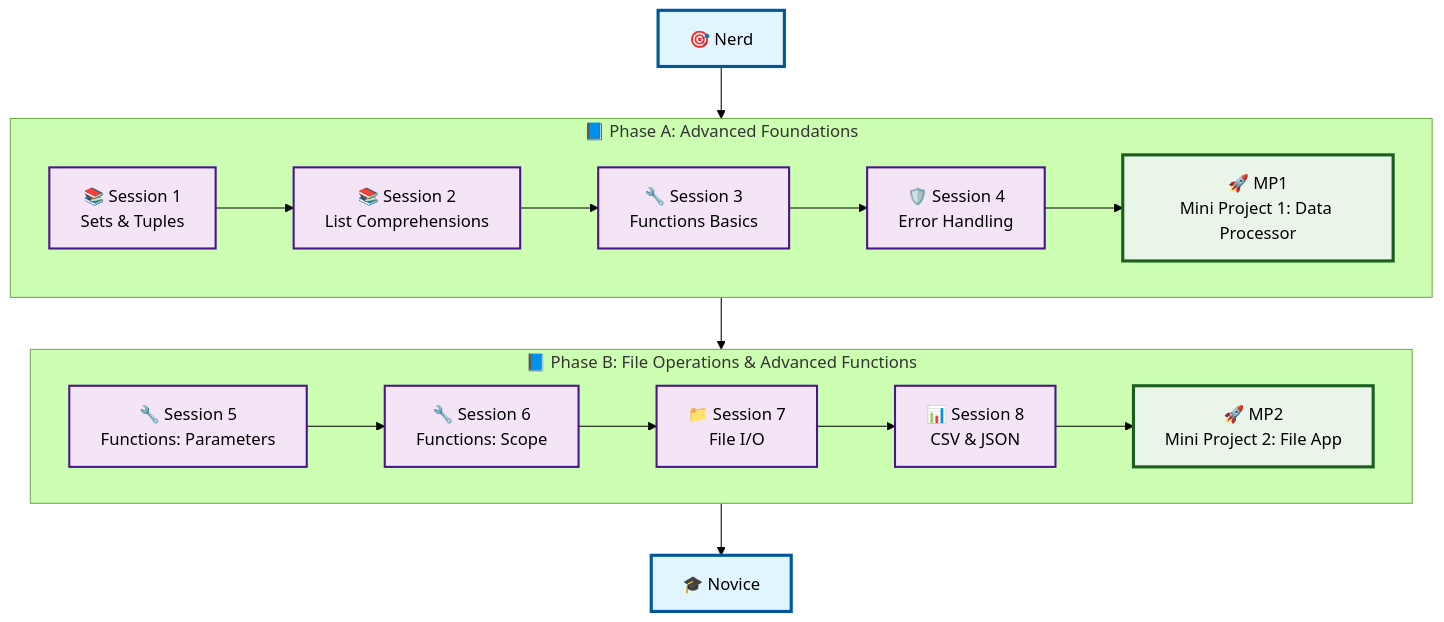
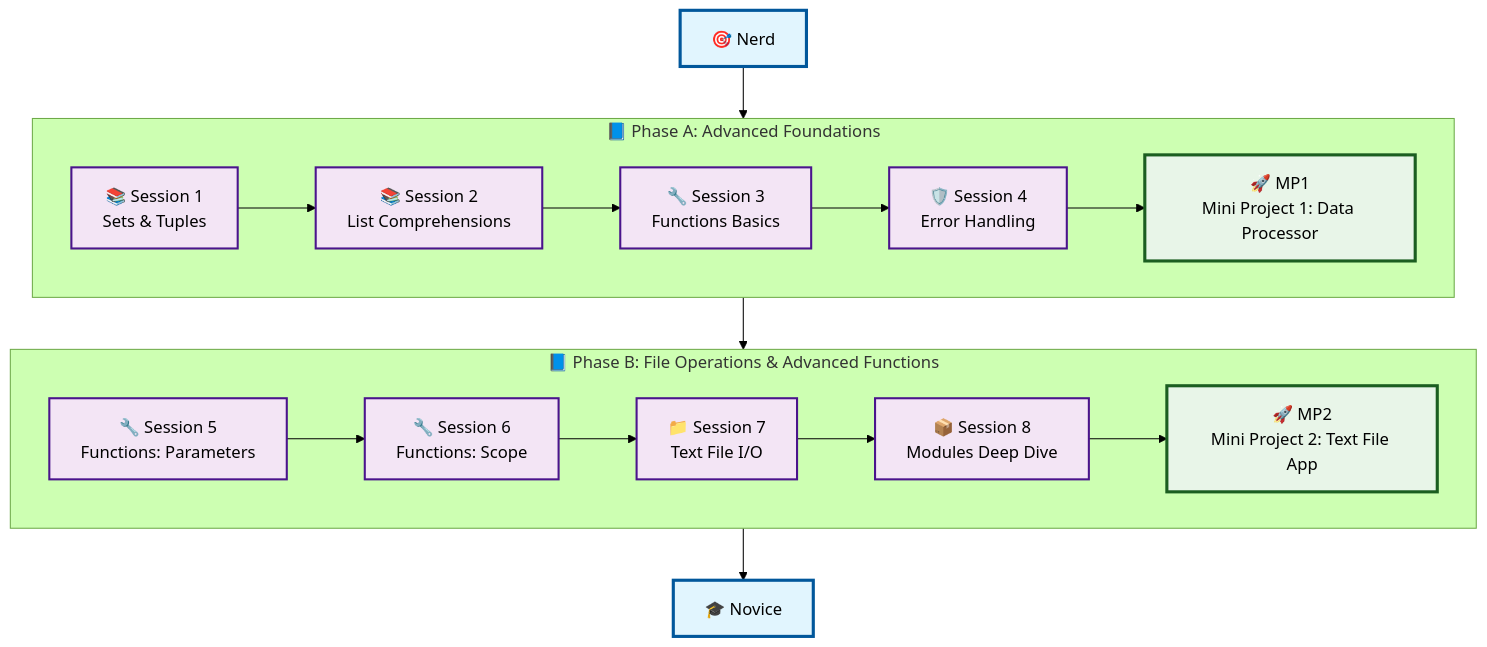
The diagram in docs/sessions/L2/_Plan.md (Swamy-s-Tech-Skills-Academy/python-fundamentals), drawn with Mermaid (forest theme) before and after one commit. The commit also changed other lines of this file and 1 other file, not shown here.

First line of the commit message:
Revise Python Fundamentals Master Plan and Session Plans to focus on text file handling and modular code organization

````diff
--- a/docs/sessions/L2/_Plan.md
+++ b/docs/sessions/L2/_Plan.md
@@ -125,32 +125,32 @@
 ```mermaid
 flowchart TB
     A[🎯 Nerd] --> PhaseA
     PhaseA --> PhaseB
     PhaseB --> K[🎓 Novice]
 
     subgraph PhaseA[📘 Phase A: Advanced Foundations]
         B1[📚 Session 1<br/>Sets & Tuples]
         B2[📚 Session 2<br/>List Comprehensions]
         B3[🔧 Session 3<br/>Functions Basics]
         B4[🛡️ Session 4<br/>Error Handling]
         B5[🚀 MP1<br/>Mini Project 1: Data Processor]
         B1 --> B2 --> B3 --> B4 --> B5
     end
 
     subgraph PhaseB[📘 Phase B: File Operations & Advanced Functions]
         C1[🔧 Session 5<br/>Functions: Parameters]
         C2[🔧 Session 6<br/>Functions: Scope]
-        C3[📁 Session 7<br/>File I/O]
-        C4[📊 Session 8<br/>CSV & JSON]
-        C5[🚀 MP2<br/>Mini Project 2: File App]
+        C3[📁 Session 7<br/>Text File I/O]
+        C4[📦 Session 8<br/>Modules Deep Dive]
+        C5[🚀 MP2<br/>Mini Project 2: Text File App]
         C1 --> C2 --> C3 --> C4 --> C5
     end
 
     classDef startEnd fill:#e1f5fe,stroke:#01579b,stroke-width:3px,color:#000
     classDef session fill:#f3e5f5,stroke:#4a148c,stroke-width:2px,color:#000
     classDef project fill:#e8f5e8,stroke:#1b5e20,stroke-width:3px,color:#000
 
     class A,K startEnd
     class B1,B2,B3,B4,C1,C2,C3,C4 session
     class B5,C5 project
 ```
````
